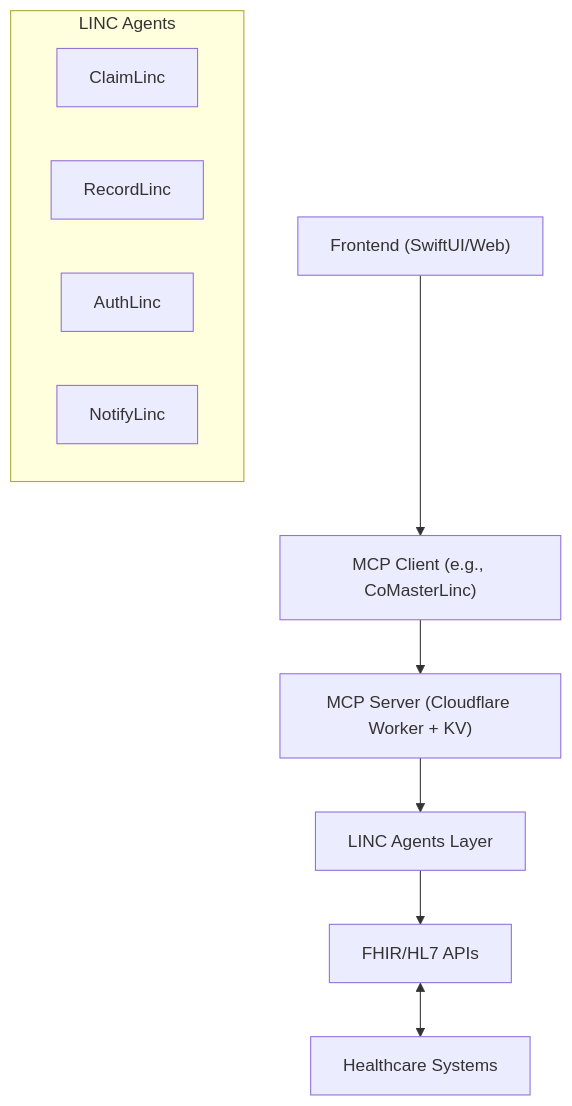
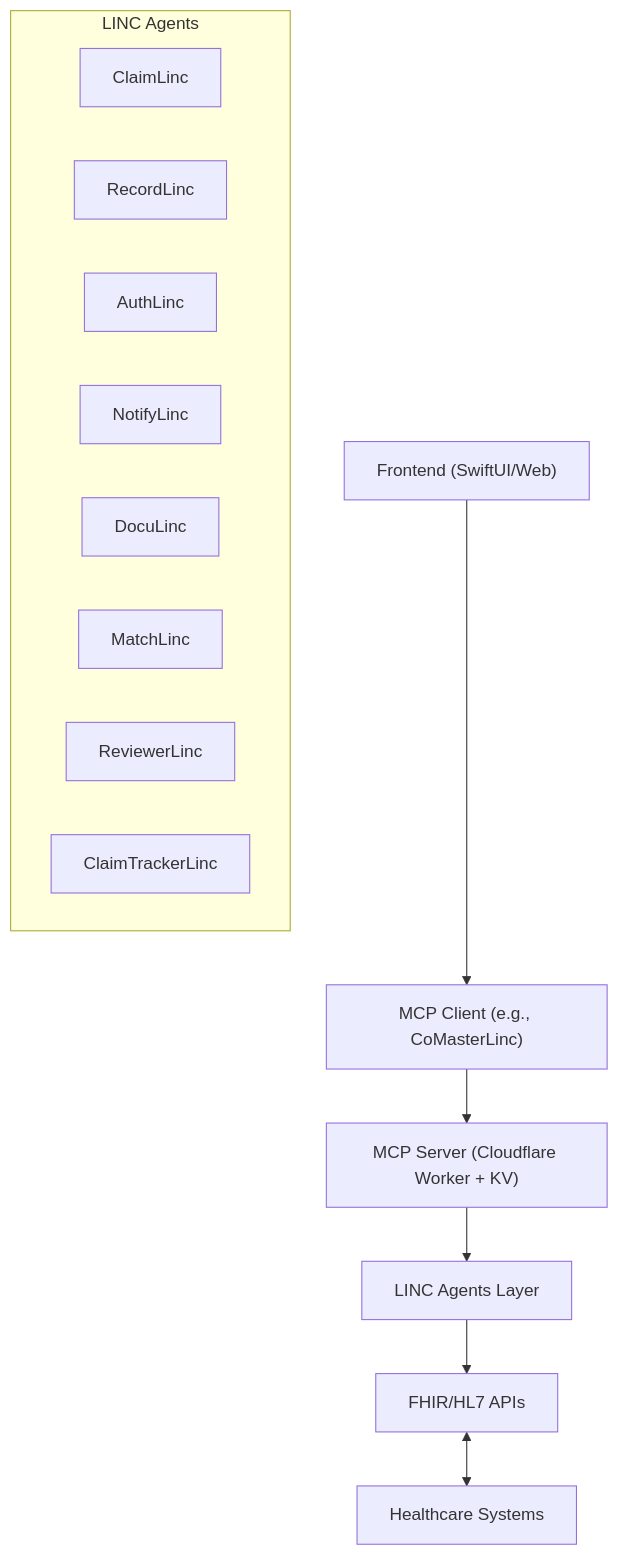
The diagram in README.md (Fadil369/HealthLinc), drawn with Mermaid before and after one commit. The commit also changed other lines of this file and 46 other files, not shown here.

````diff
--- a/README.md
+++ b/README.md
@@ -50,22 +54,26 @@
 ```mermaid
 graph TD
     Frontend["Frontend (SwiftUI/Web)"]
     MCP_Client["MCP Client (e.g., CoMasterLinc)"]
     MCP_Server["MCP Server (Cloudflare Worker + KV)"]
     LINC["LINC Agents Layer"]
     FHIR["FHIR/HL7 APIs"]
     Healthcare["Healthcare Systems"]
     
     Frontend --> MCP_Client
     MCP_Client --> MCP_Server
     MCP_Server --> LINC
     LINC --> FHIR
     FHIR <--> Healthcare
     
     subgraph "LINC Agents"
         ClaimLinc["ClaimLinc"]
         RecordLinc["RecordLinc"]
         AuthLinc["AuthLinc"]
         NotifyLinc["NotifyLinc"]
+        DocuLinc["DocuLinc"]
+        MatchLinc["MatchLinc"]
+        ReviewerLinc["ReviewerLinc"]
+        ClaimTrackerLinc["ClaimTrackerLinc"]
     end
 ```
````
